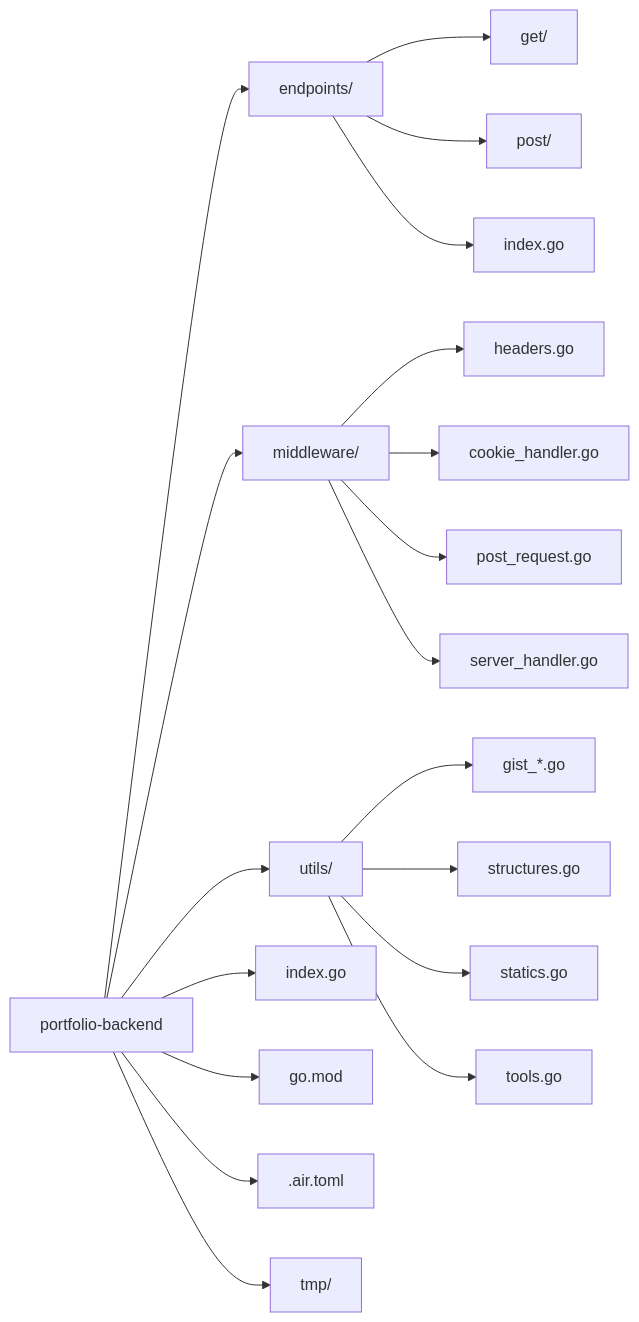
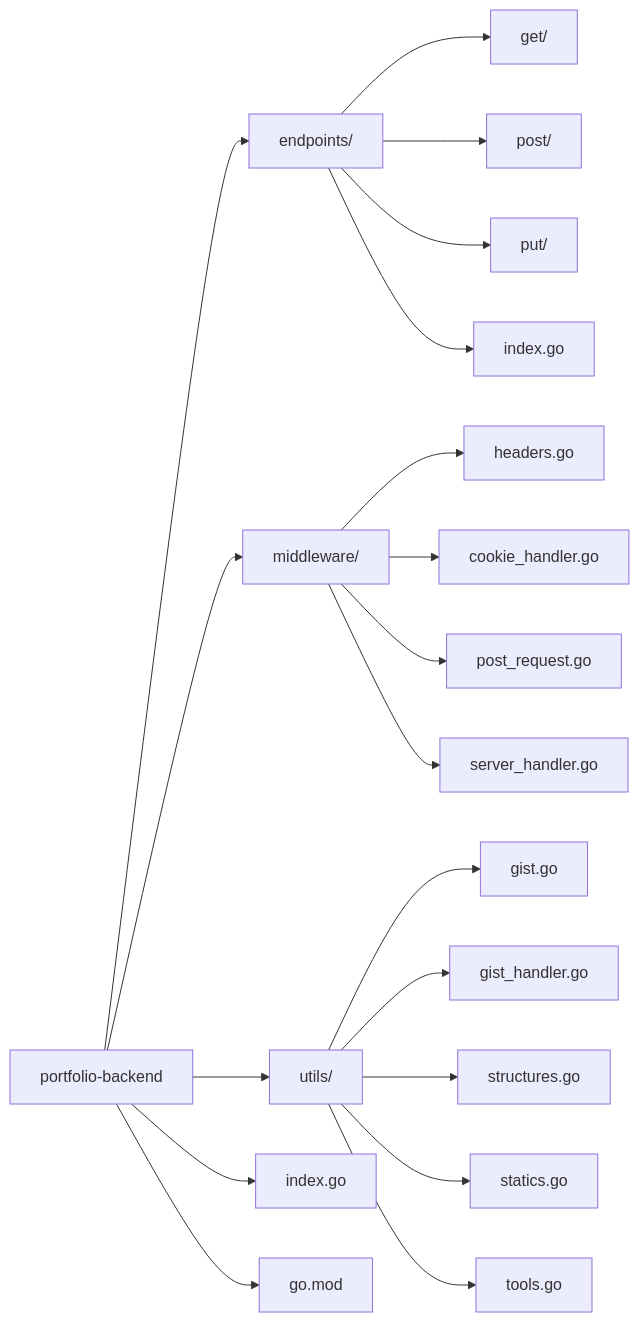
Before and after one commit to RyannKim327/portfolio-backend: the second of 3 diagrams in README.md, drawn with Mermaid. The commit also changed other lines of this file, not shown here.

````diff
--- a/README.md
+++ b/README.md
@@ -279,25 +287,25 @@
 ```mermaid
 flowchart LR
     A[portfolio-backend]
     A --> B[endpoints/]
     A --> C[middleware/]
     A --> D[utils/]
     A --> E[index.go]
     A --> F[go.mod]
-    A --> G[.air.toml]
-    A --> H[tmp/]
 
     B --> B1[get/]
     B --> B2[post/]
-    B --> B3[index.go]
+    B --> B3[put/]
+    B --> B4[index.go]
 
     C --> C1[headers.go]
     C --> C2[cookie_handler.go]
     C --> C3[post_request.go]
     C --> C4[server_handler.go]
 
-    D --> D1[gist_*.go]
-    D --> D2[structures.go]
-    D --> D3[statics.go]
-    D --> D4[tools.go]
+    D --> D1[gist.go]
+    D --> D2[gist_handler.go]
+    D --> D3[structures.go]
+    D --> D4[statics.go]
+    D --> D5[tools.go]
 ```
````
